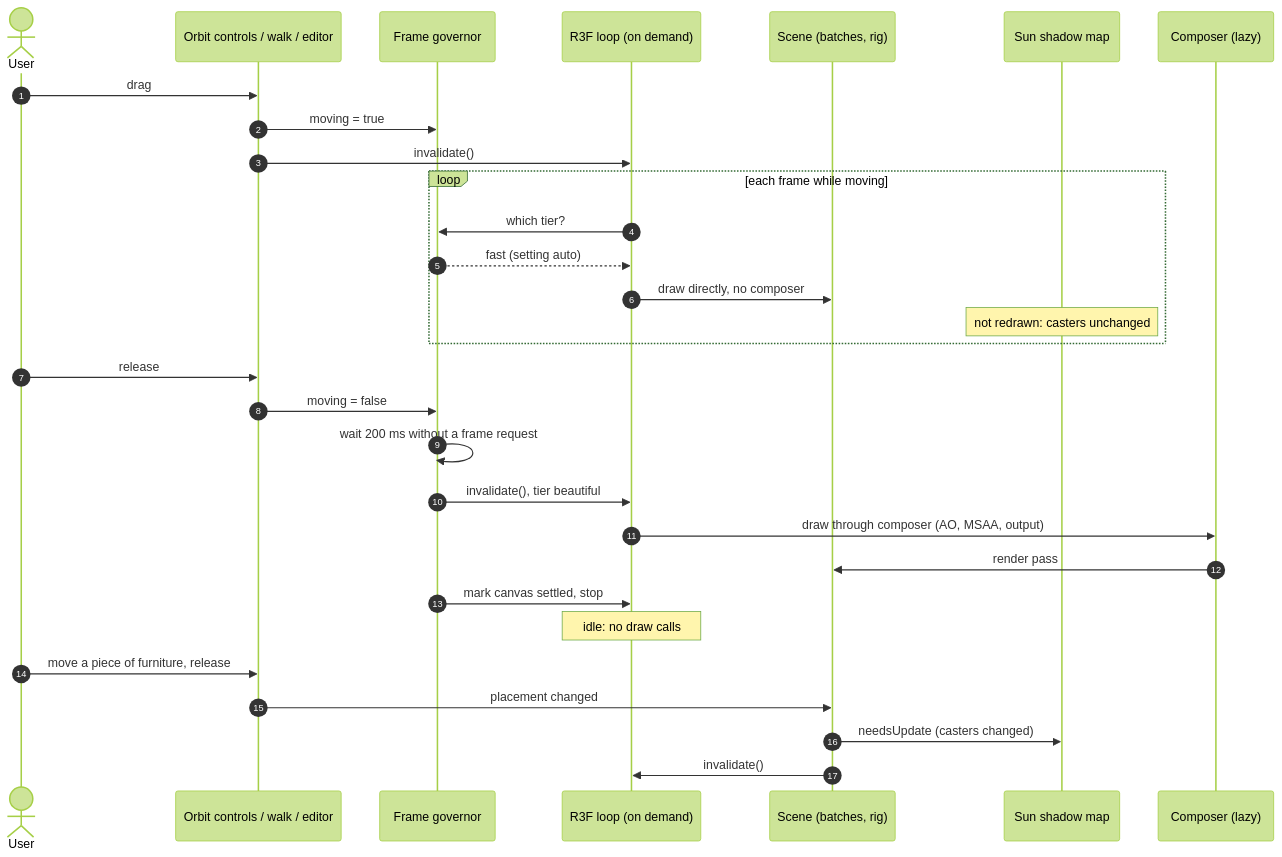
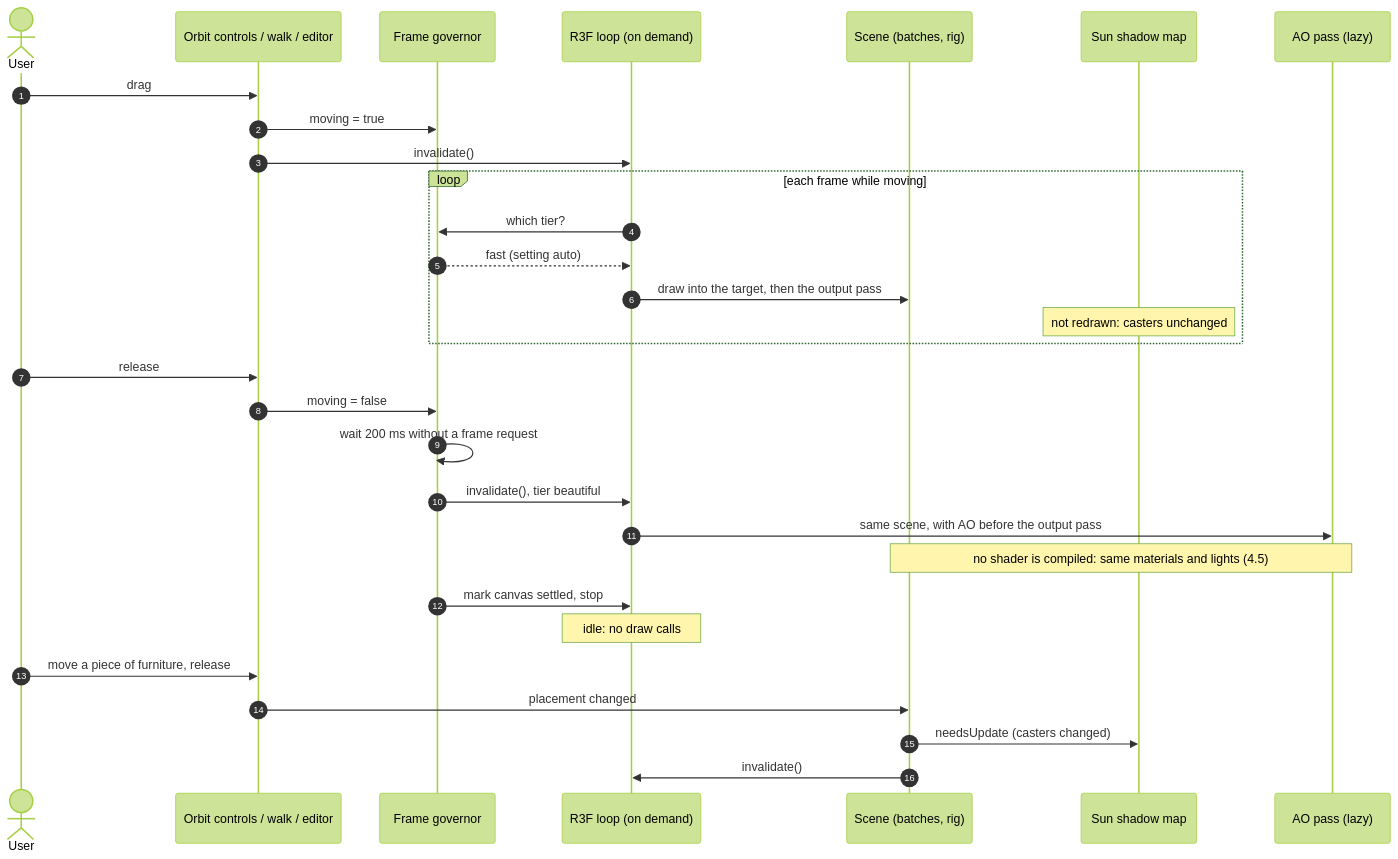
Before and after one commit to NNTin/my-home: the third of 6 diagrams in docs/design/realistic-render.md, drawn with Mermaid (forest theme). The commit also changed other lines of this file, not shown here.

First line of the commit message:
docs(design): stable shader programs across tiers, one texture size per device (#108)

````diff
--- a/docs/design/realistic-render.md
+++ b/docs/design/realistic-render.md
@@ -322,34 +329,34 @@
 ```mermaid
 sequenceDiagram
     autonumber
     actor User
     participant Controls as Orbit controls / walk / editor
     participant Gov as Frame governor
     participant R3F as R3F loop (on demand)
     participant Scene as Scene (batches, rig)
     participant Shadow as Sun shadow map
-    participant Post as Composer (lazy)
+    participant Post as AO pass (lazy)
 
     User->>Controls: drag
     Controls->>Gov: moving = true
     Controls->>R3F: invalidate()
     loop each frame while moving
         R3F->>Gov: which tier?
         Gov-->>R3F: fast (setting auto)
-        R3F->>Scene: draw directly, no composer
+        R3F->>Scene: draw into the target, then the output pass
         Note over Shadow: not redrawn: casters unchanged
     end
     User->>Controls: release
     Controls->>Gov: moving = false
     Gov->>Gov: wait 200 ms without a frame request
     Gov->>R3F: invalidate(), tier beautiful
-    R3F->>Post: draw through composer (AO, MSAA, output)
-    Post->>Scene: render pass
+    R3F->>Post: same scene, with AO before the output pass
+    Note over Scene,Post: no shader is compiled: same materials and lights (4.5)
     Gov->>R3F: mark canvas settled, stop
     Note over R3F: idle: no draw calls
 
     User->>Controls: move a piece of furniture, release
     Controls->>Scene: placement changed
     Scene->>Shadow: needsUpdate (casters changed)
     Scene->>R3F: invalidate()
 ```
````
